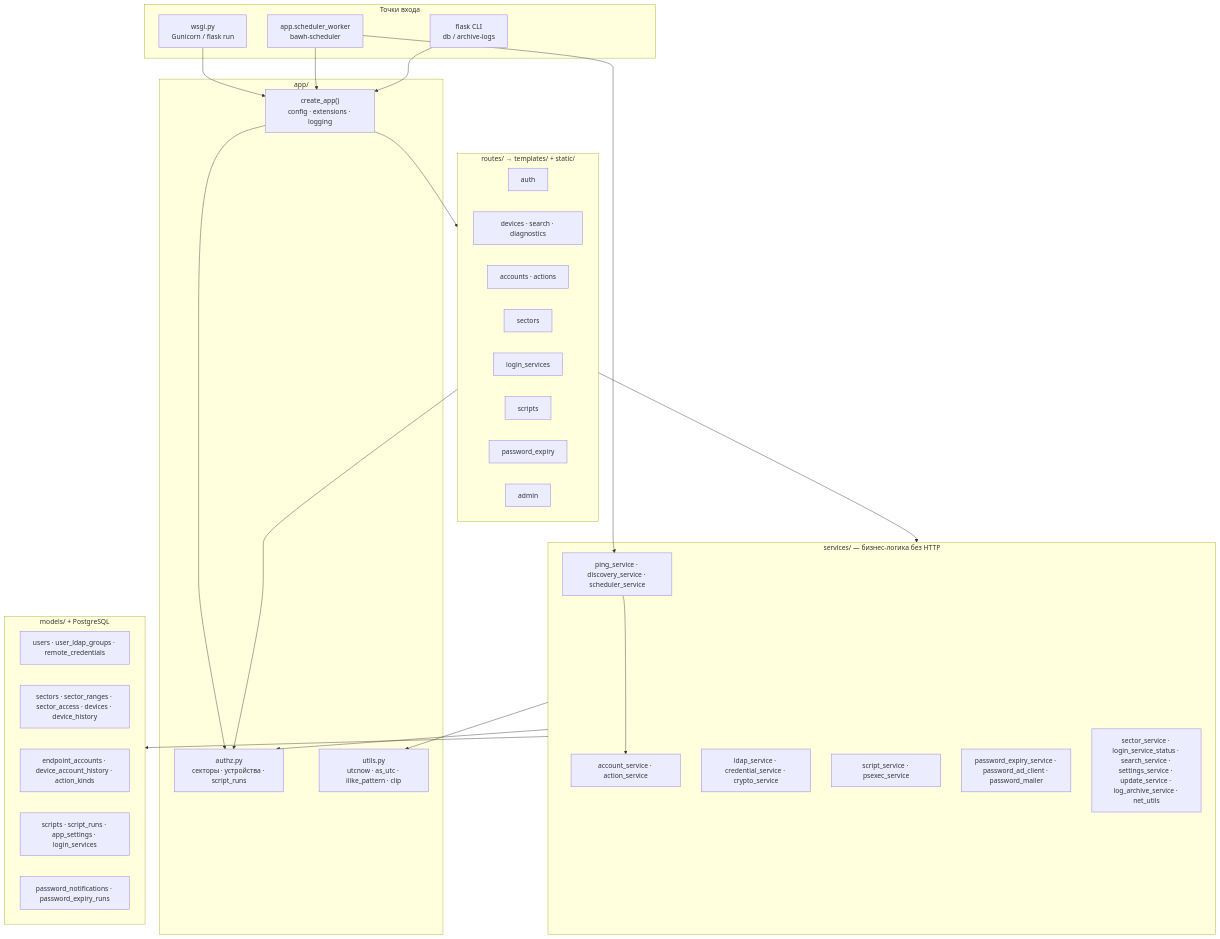
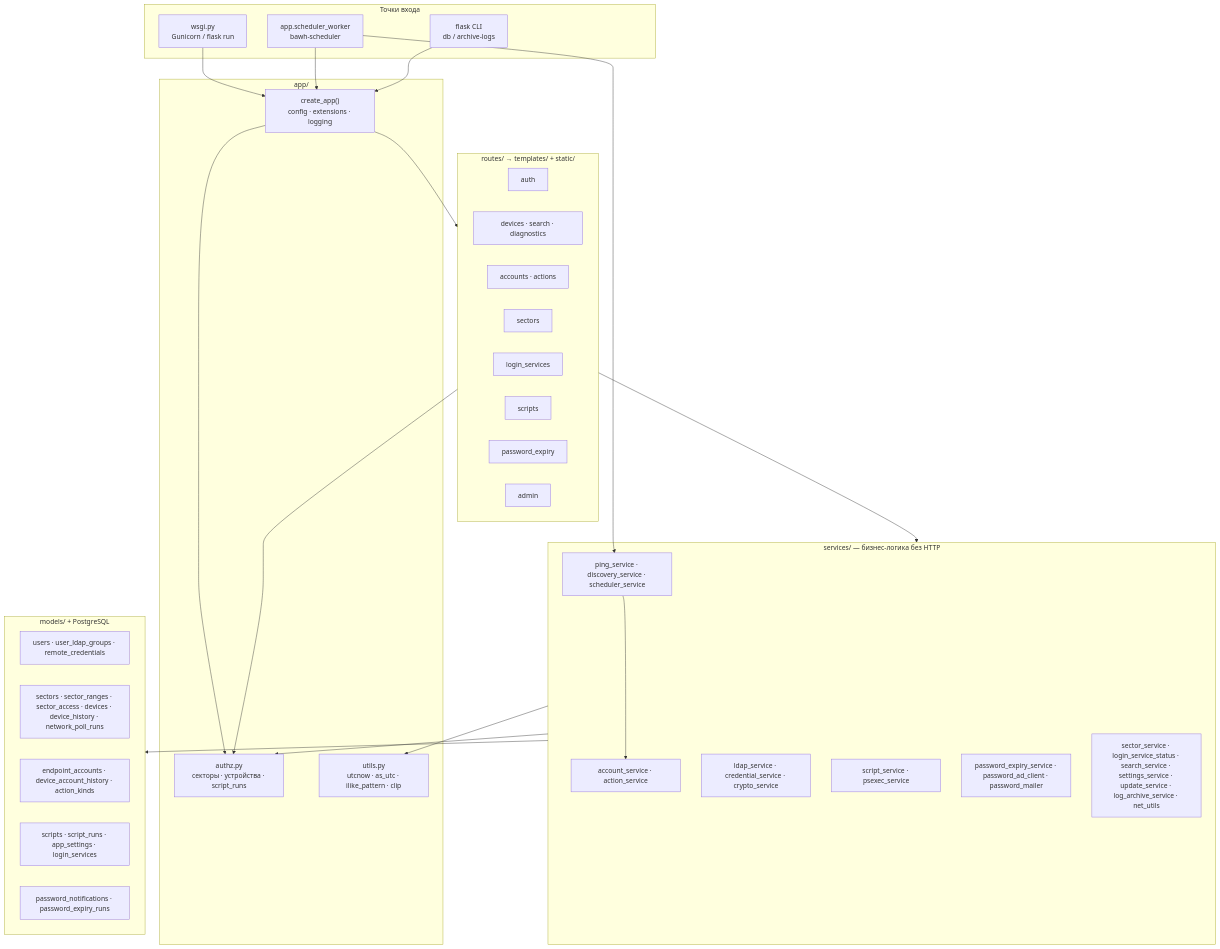
The first of 2 diagrams in docs/ARCHITECTURE.md (blazerity/admin-webhelper), drawn with Mermaid before and after one commit. The commit also changed other lines of this file and 9 other files, not shown here.

````diff
--- a/docs/ARCHITECTURE.md
+++ b/docs/ARCHITECTURE.md
@@ -7,55 +7,55 @@
 ```mermaid
 flowchart TB
   subgraph entry["Точки входа"]
     WSGI["wsgi.py<br/>Gunicorn / flask run"]
     SCHED["app.scheduler_worker<br/>bawh-scheduler"]
     CLI["flask CLI<br/>db / archive-logs"]
   end
 
   subgraph app_core["app/"]
     CREATE["create_app()<br/>config · extensions · logging"]
     AUTH["authz.py<br/>секторы · устройства · script_runs"]
     UTILS["utils.py<br/>utcnow · as_utc · ilike_pattern · clip"]
   end
 
   subgraph http["routes/ → templates/ + static/"]
     R_AUTH["auth"]
     R_DEV["devices · search · diagnostics"]
     R_ACC["accounts · actions"]
     R_SEC["sectors"]
     R_LOGIN["login_services"]
     R_SCR["scripts"]
     R_PWD["password_expiry"]
     R_ADM["admin"]
   end
 
   subgraph services["services/ — бизнес-логика без HTTP"]
     S_POLL["ping_service · discovery_service · scheduler_service"]
     S_ACC["account_service · action_service"]
     S_ID["ldap_service · credential_service · crypto_service"]
     S_RUN["script_service · psexec_service"]
     S_PWD["password_expiry_service · password_ad_client · password_mailer"]
     S_OTH["sector_service · login_service_status · search_service · settings_service · update_service · log_archive_service · net_utils"]
   end
 
   subgraph data["models/ + PostgreSQL"]
     M_USER["users · user_ldap_groups · remote_credentials"]
-    M_NET["sectors · sector_ranges · sector_access · devices · device_history"]
+    M_NET["sectors · sector_ranges · sector_access · devices · device_history · network_poll_runs"]
     M_ACC["endpoint_accounts · device_account_history · action_kinds"]
     M_SCR["scripts · script_runs · app_settings · login_services"]
     M_PWD["password_notifications · password_expiry_runs"]
   end
 
   WSGI --> CREATE
   SCHED --> CREATE
   CLI --> CREATE
   CREATE --> http
   CREATE --> AUTH
   http --> services
   http --> AUTH
   SCHED --> S_POLL
   services --> data
   services --> AUTH
   services --> UTILS
   S_POLL --> S_ACC
 ```
````
